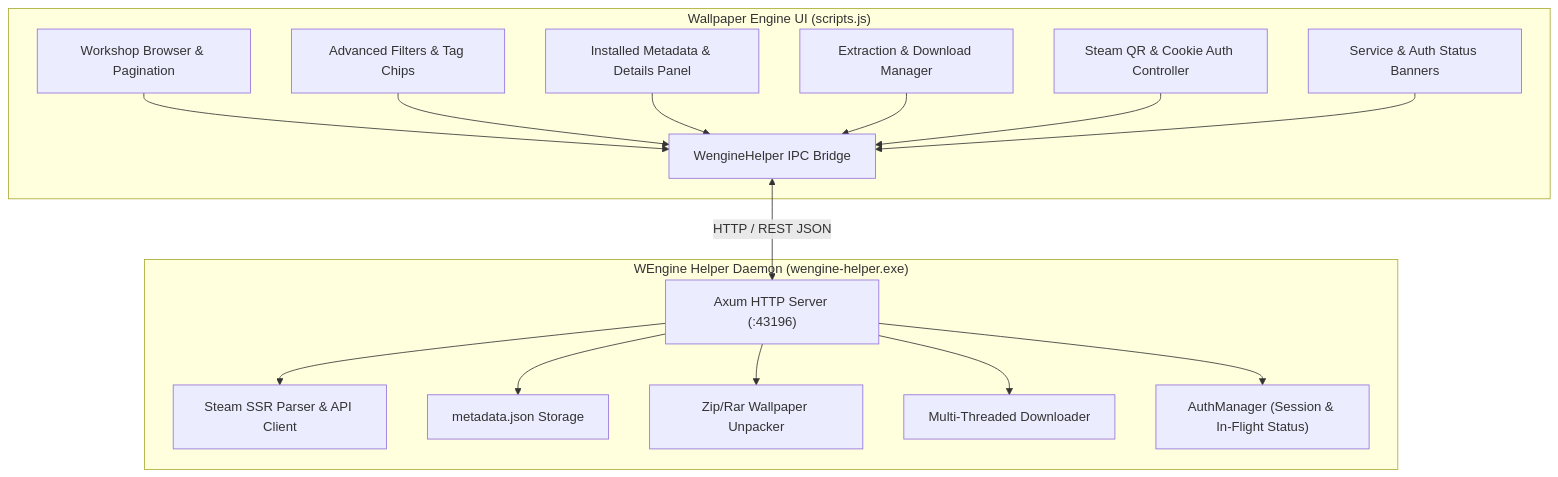
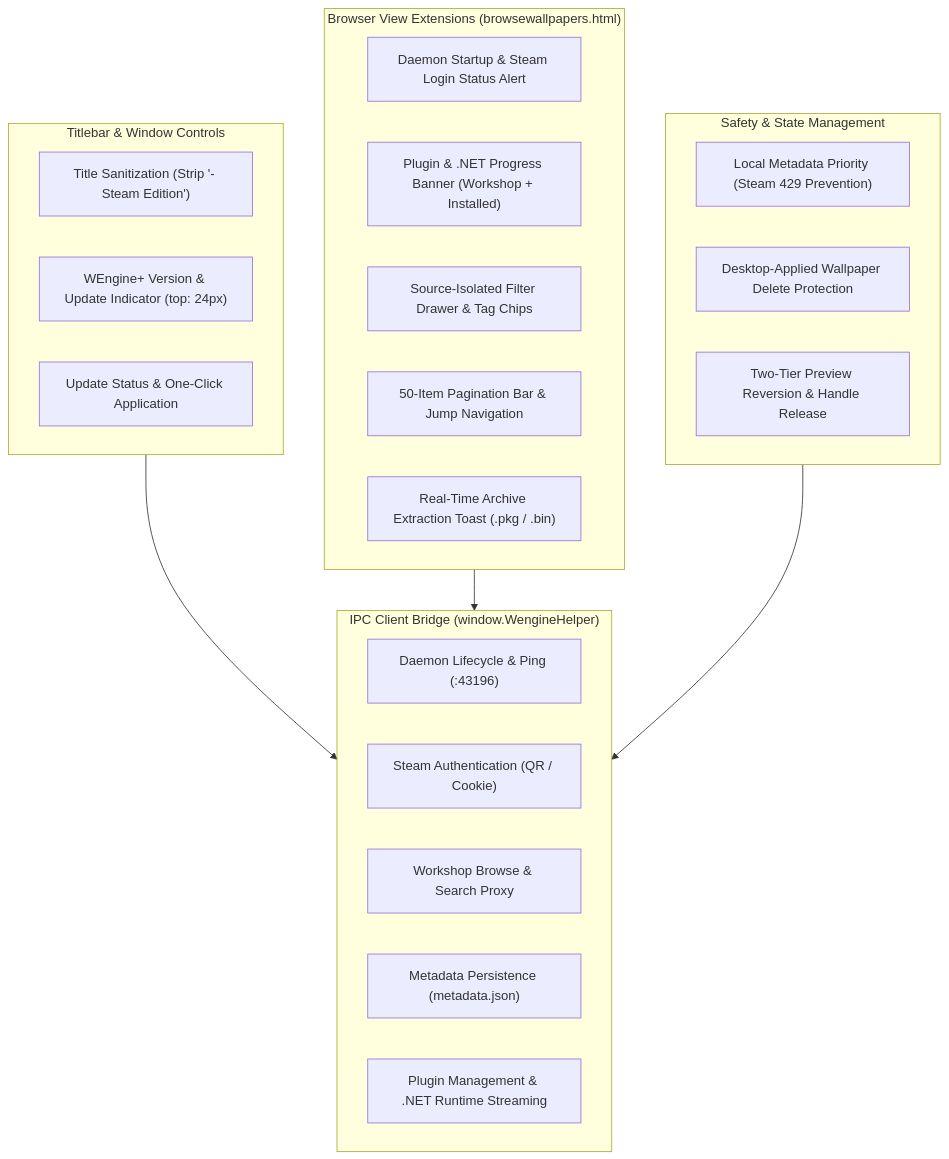
The diagram in DIFF.md (psyattack/WEngine-Plus), drawn with Mermaid before and after one commit. The commit also changed other lines of this file and 10 other files, not shown here.

First line of the commit message:
feat: add streaming download progress and unify silent setup mode

````diff
--- a/DIFF.md
+++ b/DIFF.md
@@ -22,34 +25,34 @@
 ```mermaid
 flowchart TD
-    subgraph UI ["Wallpaper Engine UI (scripts.js)"]
-        HelperBridge["WengineHelper IPC Bridge"]
-        WorkshopUI["Workshop Browser & Pagination"]
-        FilterUI["Advanced Filters & Tag Chips"]
-        MetadataUI["Installed Metadata & Details Panel"]
-        ExtractUI["Extraction & Download Manager"]
-        AuthUI["Steam QR & Cookie Auth Controller"]
-        StartupUI["Service & Auth Status Banners"]
+    subgraph Titlebar ["Titlebar & Window Controls"]
+        TitleSanitizer["Title Sanitization (Strip '- Steam Edition')"]
+        VersionBadge["WEngine+ Version & Update Indicator (top: 24px)"]
+        UpdateControls["Update Status & One-Click Application"]
     end
 
-    subgraph Backend ["WEngine Helper Daemon (wengine-helper.exe)"]
-        AxumRouter["Axum HTTP Server (:43196)"]
-        SteamClient["Steam SSR Parser & API Client"]
-        MetaStore["metadata.json Storage"]
-        Extractor["Zip/Rar Wallpaper Unpacker"]
-        Downloader["Multi-Threaded Downloader"]
-        AuthManager["AuthManager (Session & In-Flight Status)"]
+    subgraph CoreBridge ["IPC Client Bridge (window.WengineHelper)"]
+        DaemonControl["Daemon Lifecycle & Ping (:43196)"]
+        AuthBridge["Steam Authentication (QR / Cookie)"]
+        BrowseBridge["Workshop Browse & Search Proxy"]
+        MetaBridge["Metadata Persistence (metadata.json)"]
+        PluginBridge["Plugin Management & .NET Runtime Streaming"]
     end
 
-    HelperBridge <-->|HTTP / REST JSON| AxumRouter
-    WorkshopUI --> HelperBridge
-    FilterUI --> HelperBridge
-    MetadataUI --> HelperBridge
-    ExtractUI --> HelperBridge
-    AuthUI --> HelperBridge
-    StartupUI --> HelperBridge
-    AxumRouter --> SteamClient
-    AxumRouter --> MetaStore
-    AxumRouter --> Extractor
-    AxumRouter --> Downloader
-    AxumRouter --> AuthManager
+    subgraph BrowserViews ["Browser View Extensions (browsewallpapers.html)"]
+        StartupBanner["Daemon Startup & Steam Login Status Alert"]
+        DownloadBanner["Plugin & .NET Progress Banner (Workshop + Installed)"]
+        IndependentFilters["Source-Isolated Filter Drawer & Tag Chips"]
+        PaginationBar["50-Item Pagination Bar & Jump Navigation"]
+        ExtractToast["Real-Time Archive Extraction Toast (.pkg / .bin)"]
+    end
+
+    subgraph DataProtection ["Safety & State Management"]
+        MetaPriority["Local Metadata Priority (Steam 429 Prevention)"]
+        ActiveWallProtect["Desktop-Applied Wallpaper Delete Protection"]
+        PreviewRelease["Two-Tier Preview Reversion & Handle Release"]
+    end
+
+    Titlebar --> CoreBridge
+    BrowserViews --> CoreBridge
+    DataProtection --> CoreBridge
 ```
````
